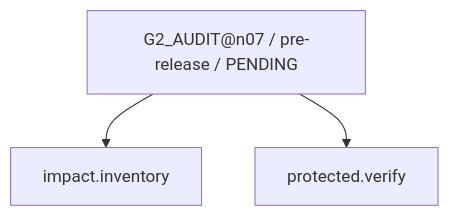
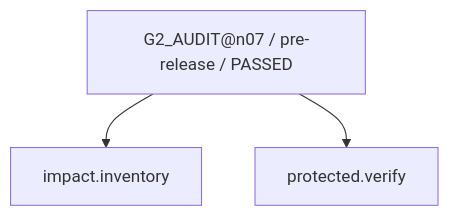
One commit to rrikunagasige-dot/kyotsu-step-web changed the tenth of 14 diagrams in work/items/W-MATH-032-n07-semantic-repair/generated/CAPABILITY_FIRE_DIAGRAM.md. Above: the diagram before and after it, drawn with Mermaid. The commit also changed other lines of this file and 60 other files, not shown here.

````diff
--- a/work/items/W-MATH-032-n07-semantic-repair/generated/CAPABILITY_FIRE_DIAGRAM.md
+++ b/work/items/W-MATH-032-n07-semantic-repair/generated/CAPABILITY_FIRE_DIAGRAM.md
@@ -152,8 +152,8 @@
 ```mermaid
 flowchart TD
-  N0["G2_AUDIT@n07 / pre-release / PENDING"]
+  N0["G2_AUDIT@n07 / pre-release / PASSED"]
   N1["protected.verify"]
   N2["impact.inventory"]
   N0 --> N2
   N0 --> N1
 ```
````
